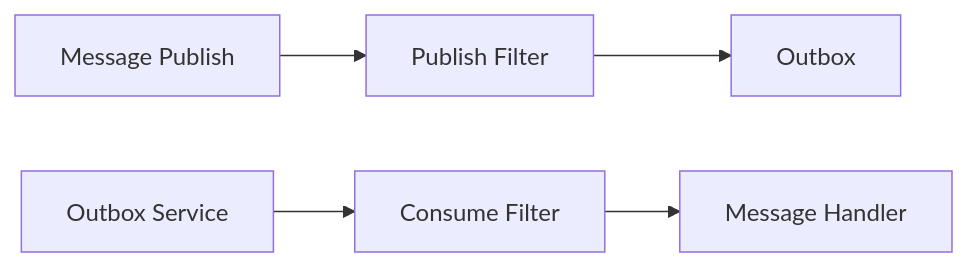
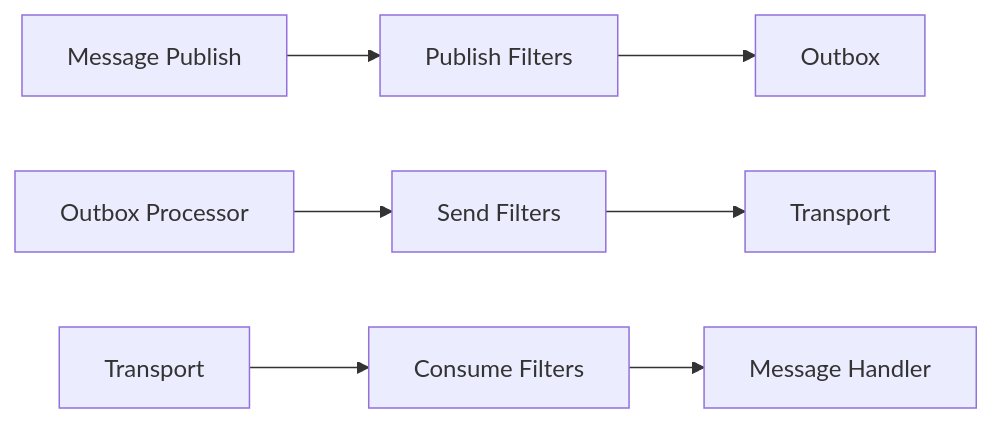
One commit to huysentruitw/Whispr changed the second of 2 diagrams in README.md. Above: the diagram before and after it, drawn with Mermaid. The commit also changed other lines of this file and 18 other files, not shown here.

Commit message:
Add support for send-filters

````diff
--- a/README.md
+++ b/README.md
@@ -167,6 +175,8 @@
 ```mermaid
 flowchart LR
-    A[Message Publish] --> B[Publish Filter] --> C[Outbox]
+    A[Message Publish] --> B[Publish Filters] --> C[Outbox]
 
-    D[Outbox Service] --> E[Consume Filter] --> F[Message Handler]
+    D[Outbox Processor] --> E[Send Filters] --> F[Transport]
+    
+    G[Transport] --> H[Consume Filters] --> I[Message Handler]
 ```
````
